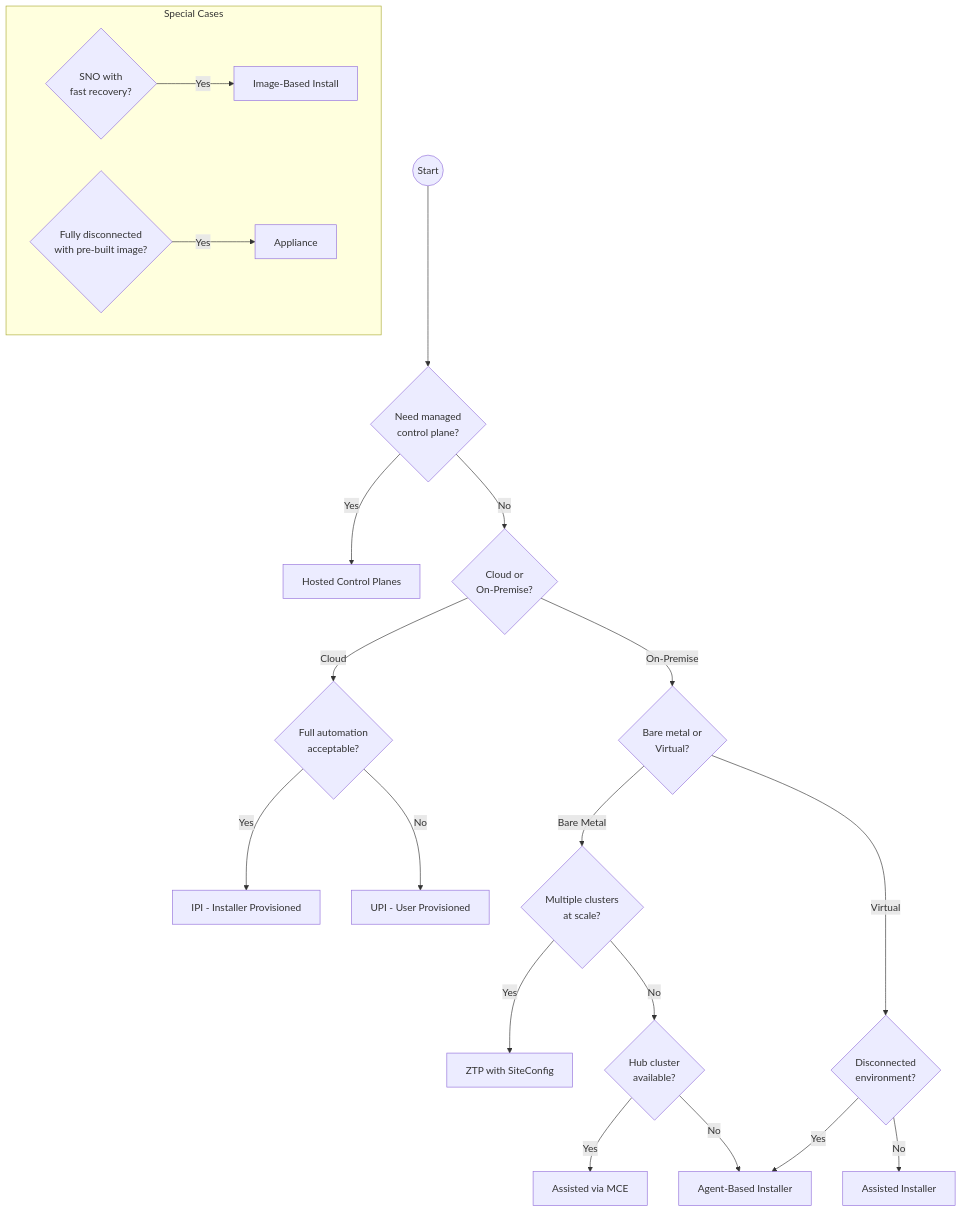
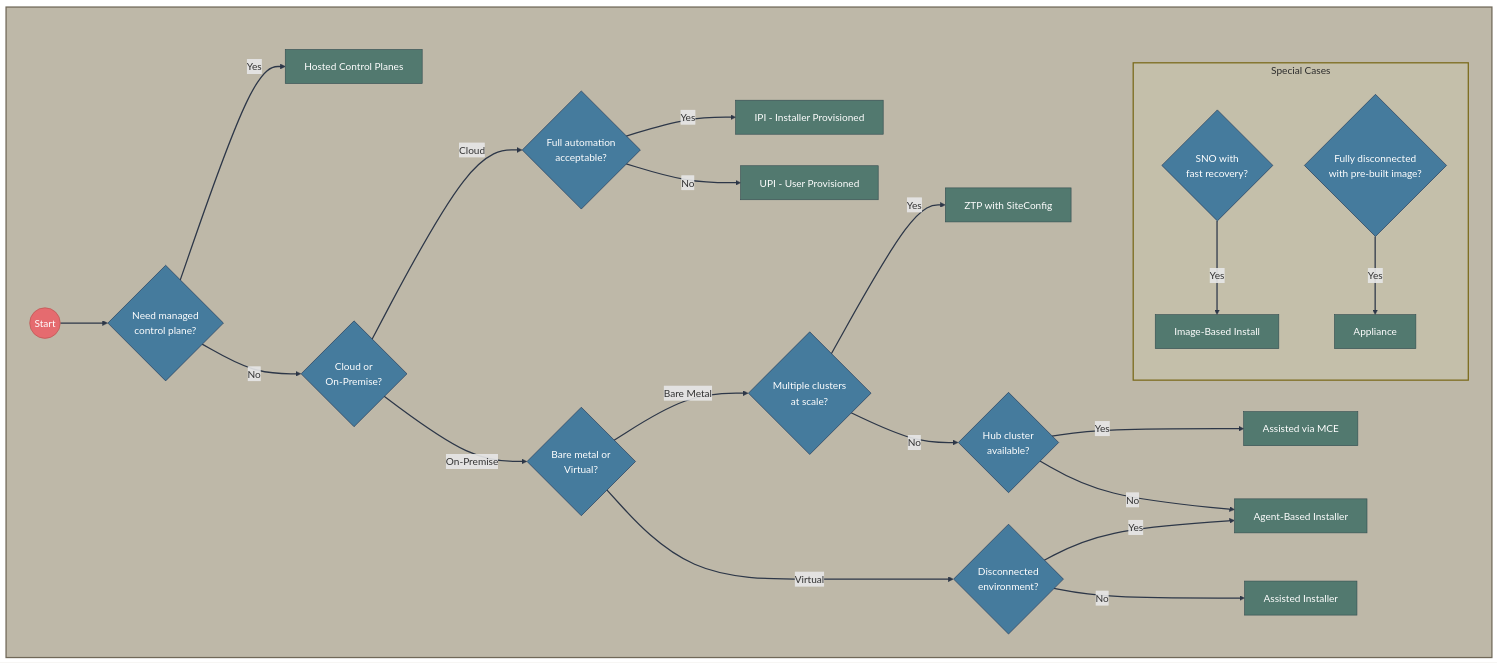
One commit to zszabo-rh/openshift-install-guide changed the first of 2 diagrams in 01-installation-methods-overview.md. Above: the diagram before and after it, drawn with Mermaid. The commit also changed other lines of this file and 16 other files, not shown here.

Commit message:
improved diagram style

````diff
--- a/01-installation-methods-overview.md
+++ b/01-installation-methods-overview.md
@@ -9,30 +9,57 @@
 ```mermaid
 flowchart TD
-    START((Start)) --> Q1{Need managed<br/>control plane?}
+    subgraph background[" "]
+        START((Start)) --> Q1{Need managed<br/>control plane?}
+        
+        Q1 -->|Yes| HCP[Hosted Control Planes]
+        Q1 -->|No| Q2{Cloud or<br/>On-Premise?}
+        
+        Q2 -->|Cloud| Q3{Full automation<br/>acceptable?}
+        Q2 -->|On-Premise| Q4{Bare metal or<br/>Virtual?}
+        
+        Q3 -->|Yes| IPI[IPI - Installer Provisioned]
+        Q3 -->|No| UPI[UPI - User Provisioned]
+        
+        Q4 -->|Bare Metal| Q5{Multiple clusters<br/>at scale?}
+        Q4 -->|Virtual| Q6{Disconnected<br/>environment?}
+        
+        Q5 -->|Yes| ZTP[ZTP with SiteConfig]
+        Q5 -->|No| Q7{Hub cluster<br/>available?}
+        
+        Q6 -->|Yes| ABI[Agent-Based Installer]
+        Q6 -->|No| ASSISTED[Assisted Installer]
+        
+        Q7 -->|Yes| ASSISTED_ONPREM[Assisted via MCE]
+        Q7 -->|No| ABI
+        
+        subgraph special["Special Cases"]
+            Q8{SNO with<br/>fast recovery?} -->|Yes| IBI[Image-Based Install]
+            Q9{Fully disconnected<br/>with pre-built image?} -->|Yes| APPLIANCE[Appliance]
+        end
+    end
     
-    Q1 -->|Yes| HCP[Hosted Control Planes]
-    Q1 -->|No| Q2{Cloud or<br/>On-Premise?}
+    style START fill:#e56b6f,stroke:#b85450,color:#fff
+    style Q1 fill:#457b9d,stroke:#1d3557,color:#fff
+    style Q2 fill:#457b9d,stroke:#1d3557,color:#fff
+    style Q3 fill:#457b9d,stroke:#1d3557,color:#fff
+    style Q4 fill:#457b9d,stroke:#1d3557,color:#fff
+    style Q5 fill:#457b9d,stroke:#1d3557,color:#fff
+    style Q6 fill:#457b9d,stroke:#1d3557,color:#fff
+    style Q7 fill:#457b9d,stroke:#1d3557,color:#fff
+    style Q8 fill:#457b9d,stroke:#1d3557,color:#fff
+    style Q9 fill:#457b9d,stroke:#1d3557,color:#fff
+    style HCP fill:#52796f,stroke:#354f52,color:#fff
+    style IPI fill:#52796f,stroke:#354f52,color:#fff
+    style UPI fill:#52796f,stroke:#354f52,color:#fff
+    style ZTP fill:#52796f,stroke:#354f52,color:#fff
+    style ABI fill:#52796f,stroke:#354f52,color:#fff
+    style ASSISTED fill:#52796f,stroke:#354f52,color:#fff
+    style ASSISTED_ONPREM fill:#52796f,stroke:#354f52,color:#fff
+    style IBI fill:#52796f,stroke:#354f52,color:#fff
+    style APPLIANCE fill:#52796f,stroke:#354f52,color:#fff
     
-    Q2 -->|Cloud| Q3{Full automation<br/>acceptable?}
-    Q2 -->|On-Premise| Q4{Bare metal or<br/>Virtual?}
+    style background fill:#beb8a8,stroke:#706858,stroke-width:2px,color:#2d2d2d
+    style special fill:#c4bfaa,stroke:#7a6a1a,stroke-width:2px,color:#2d2d2d
     
-    Q3 -->|Yes| IPI[IPI - Installer Provisioned]
-    Q3 -->|No| UPI[UPI - User Provisioned]
-    
-    Q4 -->|Bare Metal| Q5{Multiple clusters<br/>at scale?}
-    Q4 -->|Virtual| Q6{Disconnected<br/>environment?}
-    
-    Q5 -->|Yes| ZTP[ZTP with SiteConfig]
-    Q5 -->|No| Q7{Hub cluster<br/>available?}
-    
-    Q6 -->|Yes| ABI[Agent-Based Installer]
-    Q6 -->|No| ASSISTED[Assisted Installer]
-    
-    Q7 -->|Yes| ASSISTED_ONPREM[Assisted via MCE]
-    Q7 -->|No| ABI
-    
-    subgraph "Special Cases"
-        Q8{SNO with<br/>fast recovery?} -->|Yes| IBI[Image-Based Install]
-        Q9{Fully disconnected<br/>with pre-built image?} -->|Yes| APPLIANCE[Appliance]
-    end
+    linkStyle default stroke:#2d3748,stroke-width:2px
 ```
````
